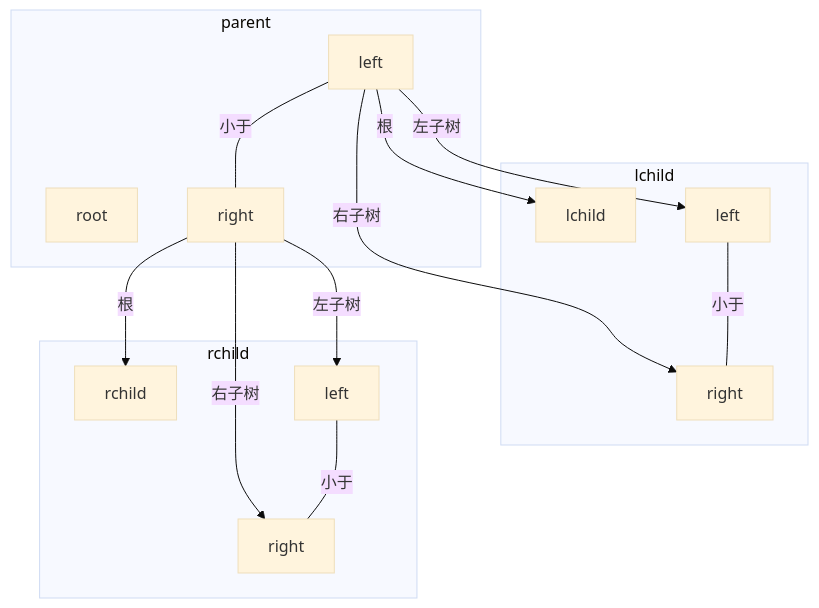
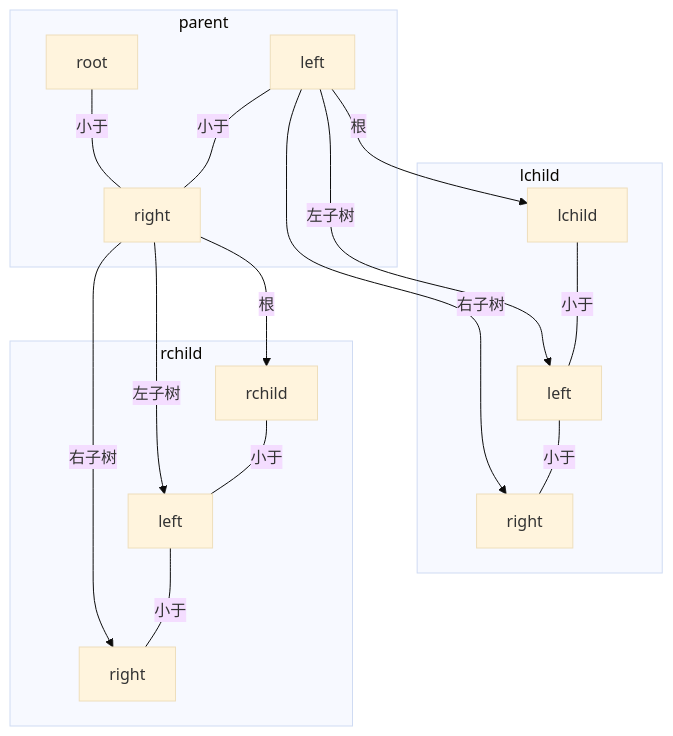
The diagram in algorithm/leetcode1008solve.md (gittauros/kaleido-palutena), drawn with Mermaid (base theme) before and after one commit.

````diff
--- a/algorithm/leetcode1008solve.md
+++ b/algorithm/leetcode1008solve.md
@@ -60,33 +60,36 @@
 ```mermaid
 graph TB
 
     subgraph parent
         root[root]
         left[left]
         right[right]
     end
     subgraph lchild
         lchdRoot[lchild]
         lchdLeft[left]
         lchdRight[right]
     end
     subgraph rchild
         rchdRoot[rchild]
         rchdLeft[left]
         rchdRight[right]
     end
 
+    root ---|小于| right
     left ---|小于| right
 
     left -->|根| lchdRoot
     left -->|左子树| lchdLeft
     left -->|右子树| lchdRight
 
+    lchdRoot ---|小于| lchdLeft
     lchdLeft ---|小于| lchdRight
 
     right -->|根| rchdRoot
     right -->|左子树| rchdLeft
     right -->|右子树| rchdRight
 
+    rchdRoot ---|小于| rchdLeft
     rchdLeft ---|小于| rchdRight
 ```
````
